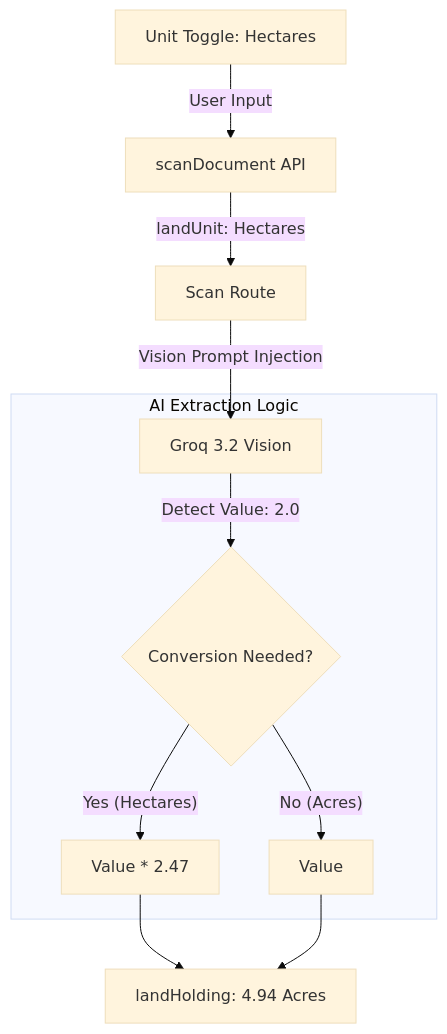
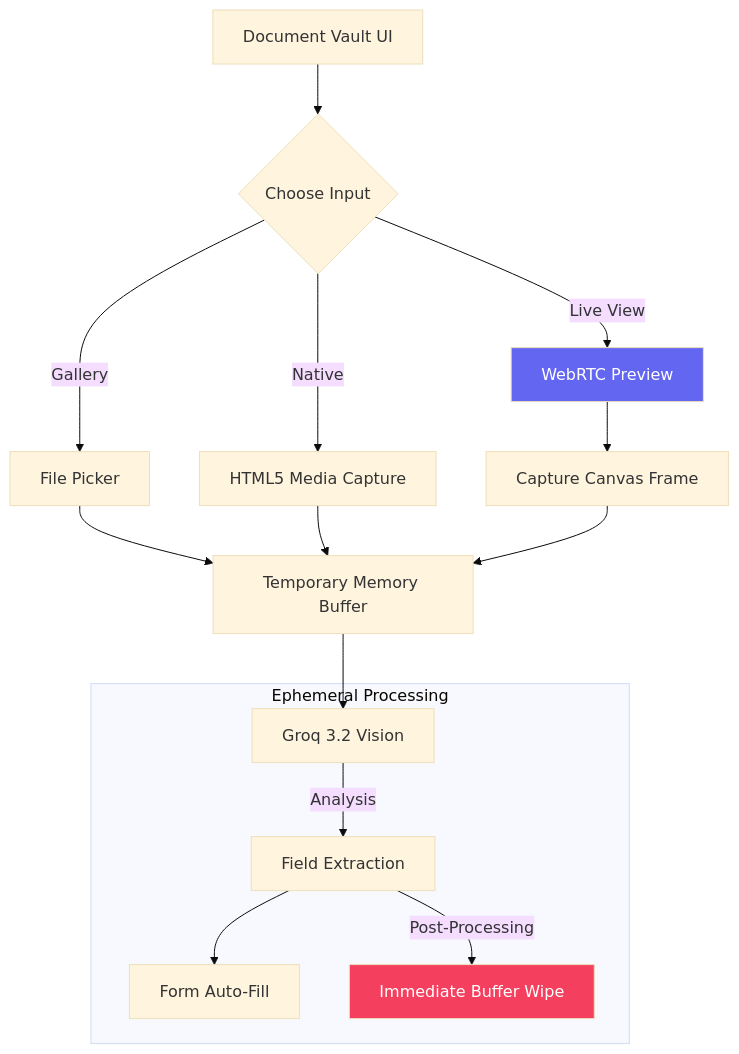
Before and after one commit to abhay-patil-cse27/agri-scheme-eligibility-rag: the fourth of 4 diagrams in docs/ADVANCED_FEATURES.md, drawn with Mermaid (base theme). The commit also changed other lines of this file and 12 other files, not shown here.

````diff
--- a/docs/ADVANCED_FEATURES.md
+++ b/docs/ADVANCED_FEATURES.md
@@ -95,15 +156,23 @@
 ```mermaid
 graph TD
-    UI[Unit Toggle: Hectares] -- "User Input" --> Form[scanDocument API]
-    Form -- "landUnit: Hectares" --> API[Scan Route]
-    API -- "Vision Prompt Injection" --> Groq[Groq 3.2 Vision]
+    UI[Document Vault UI] --> Choice{Choose Input}
+    Choice -- "Gallery" --> OS[File Picker]
+    Choice -- "Live View" --> RTC[WebRTC Preview]
+    Choice -- "Native" --> API[HTML5 Media Capture]
+
+    RTC --> Snap[Capture Canvas Frame]
+    OS --> Buffer[Temporary Memory Buffer]
+    API --> Buffer
+
+    Snap --> Buffer
+    Buffer --> Groq[Groq 3.2 Vision]
     
-    subgraph "AI Extraction Logic"
-        Groq -- "Detect Value: 2.0" --> Calc{Conversion Needed?}
-        Calc -- "Yes (Hectares)" --> Mult[Value * 2.47]
-        Calc -- "No (Acres)" --> Final[Value]
+    subgraph "Ephemeral Processing"
+        Groq -- "Analysis" --> Extract[Field Extraction]
+        Extract --> AutoFill[Form Auto-Fill]
+        Extract -- "Post-Processing" --> Delete[Immediate Buffer Wipe]
     end
-    
-    Mult --> JSON[landHolding: 4.94 Acres]
-    Final --> JSON
+
+    style RTC fill:#6366f1,color:white
+    style Delete fill:#f43f5e,color:white
 ```
````
